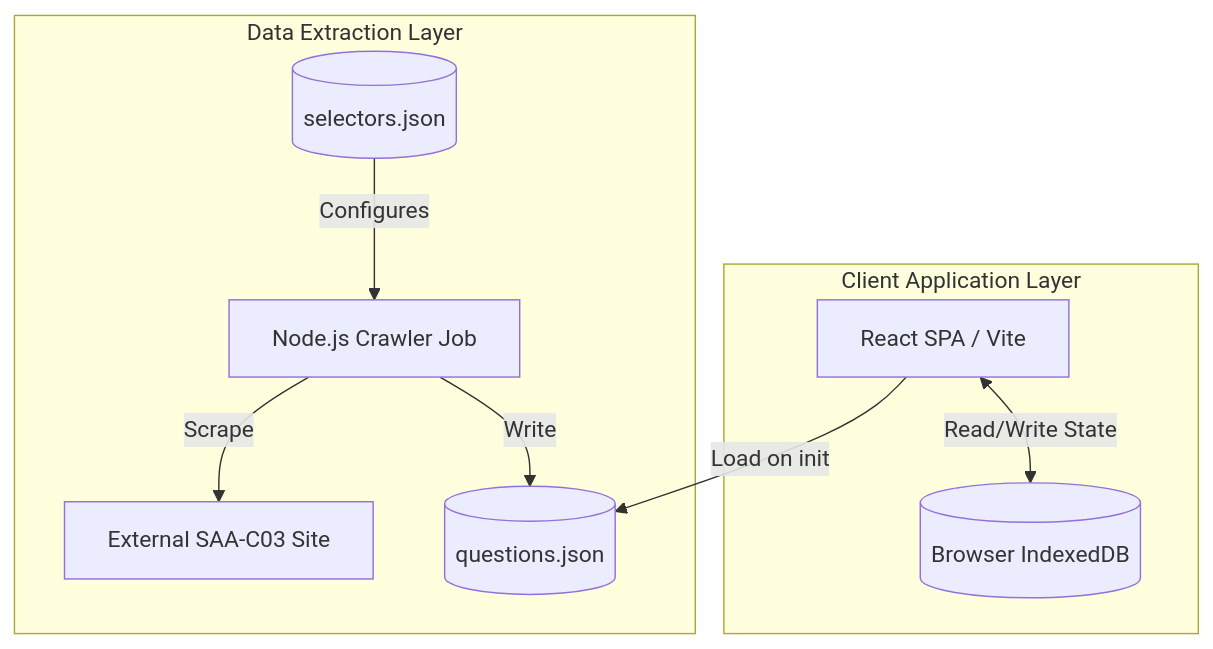
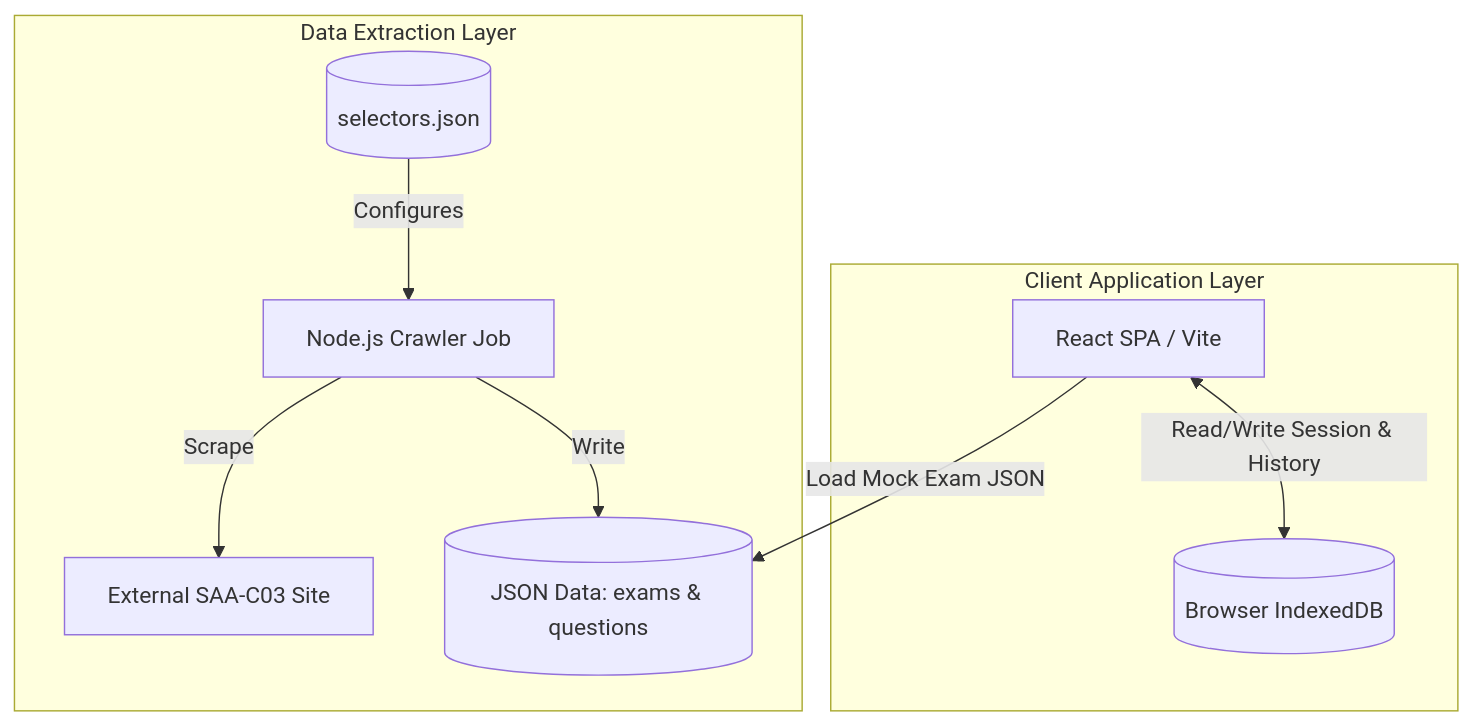
One commit to tan632000/aws-practice changed the first of 2 diagrams in .specs/aws-saa-c03-prep/design.md. Above: the diagram before and after it, drawn with Mermaid. The commit also changed other lines of this file and 11 other files, not shown here.

Commit message:
Dump exam data

````diff
--- a/.specs/aws-saa-c03-prep/design.md
+++ b/.specs/aws-saa-c03-prep/design.md
@@ -27,19 +28,19 @@
 ```mermaid
 graph TB
     subgraph Data Extraction Layer
         Crawler[Node.js Crawler Job]
         Config[(selectors.json)]
         Target[External SAA-C03 Site]
-        JSON[(questions.json)]
+        JSON[(JSON Data: exams & questions)]
         Config -->|Configures| Crawler
         Crawler -->|Scrape| Target
         Crawler -->|Write| JSON
     end
 
     subgraph Client Application Layer
         SPA[React SPA / Vite]
         DB[(Browser IndexedDB)]
-        SPA -->|Load on init| JSON
-        SPA <-->|Read/Write State| DB
+        SPA -->|Load Mock Exam JSON| JSON
+        SPA <-->|Read/Write Session & History| DB
     end
 ```
````
